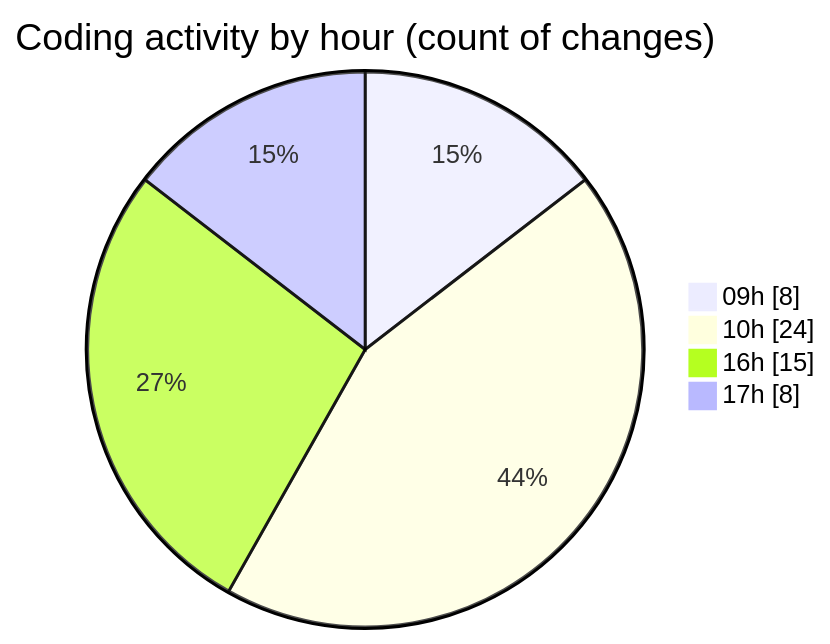
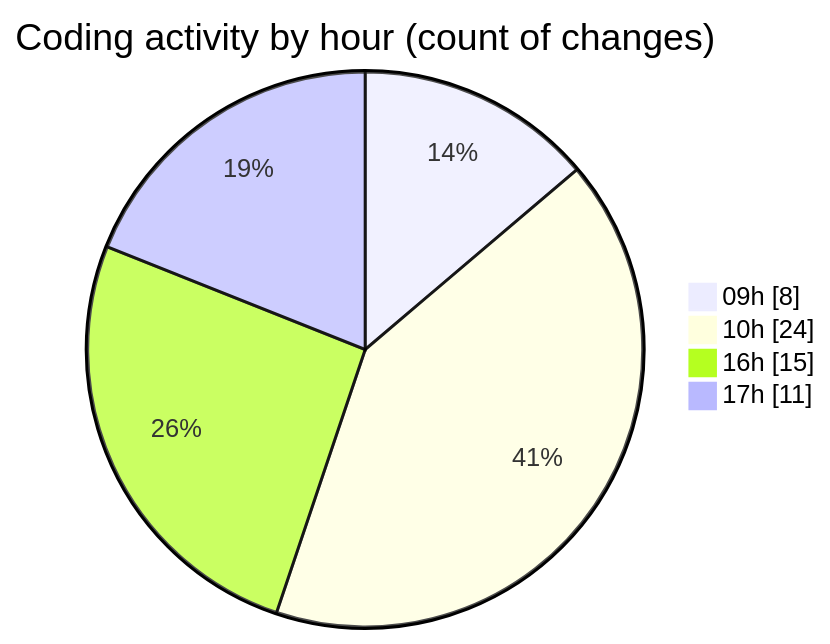
The second of 2 diagrams in 2025-10-09/eventscop-frontend-guide__workspace_/README.md (julien-gomy/code-tracking), drawn with Mermaid before and after one commit. The commit also changed other lines of this file and 1 other file, not shown here.

````diff
--- a/2025-10-09/eventscop-frontend-guide__workspace_/README.md
+++ b/2025-10-09/eventscop-frontend-guide__workspace_/README.md
@@ -49,8 +50,8 @@
 ```mermaid
 pie showData
 title Coding activity by hour (count of changes)
 "09h" : 8
 "10h" : 24
 "16h" : 15
-"17h" : 8
+"17h" : 11
 ```
````
